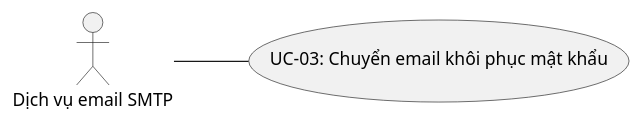
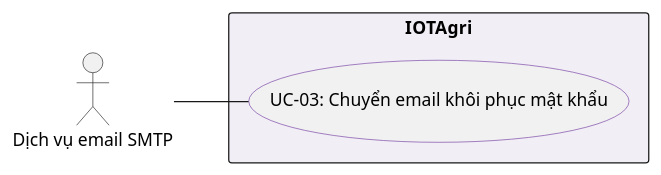
The fifth of 5 diagrams in docs/diagrams/use-case-overview.puml (huuanh1411/IOTAgri), drawn with PlantUML before and after one commit. The commit also changed other lines of this file and 17 other files, not shown here.

Commit message:
docs: match UML reference with actors outside system boundary

```diff
--- a/docs/diagrams/use-case-overview.puml
+++ b/docs/diagrams/use-case-overview.puml
@@ -69,11 +85,15 @@
 @startuml use-case-overview-smtp
 left to right direction
 skinparam actorStyle stickman
 skinparam shadowing false
 skinparam linetype polyline
-' Một sơ đồ cho mỗi actor; không dùng khung bao.
-' SVG do render-use-cases.py xuất có actor ở giữa, use case tỏa ra hai bên.
+skinparam usecaseBorderColor #7138A0
+skinparam rectangleBackgroundColor #F1EEF5
+' Actor ở ngoài khung hệ thống; các use case bố trí so le bên trong.
+' SVG do render-use-cases.py xuất giữ bố cục theo hình mẫu UML.
 actor "Dịch vụ email SMTP" as SMTP
-usecase "UC-03: Chuyển email khôi phục mật khẩu" as SMTPUC1
+rectangle "IOTAgri" {
+  usecase "UC-03: Chuyển email khôi phục mật khẩu" as SMTPUC1
+}
 SMTP -- SMTPUC1
 @enduml
```
